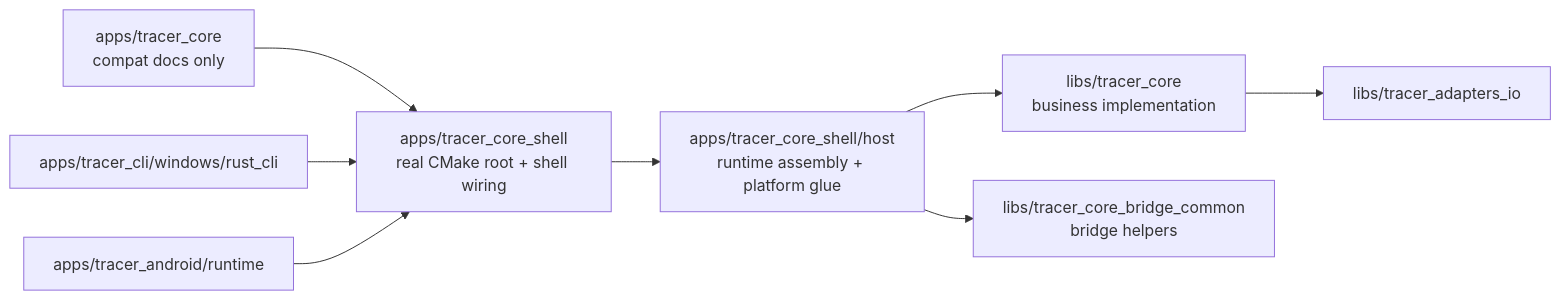
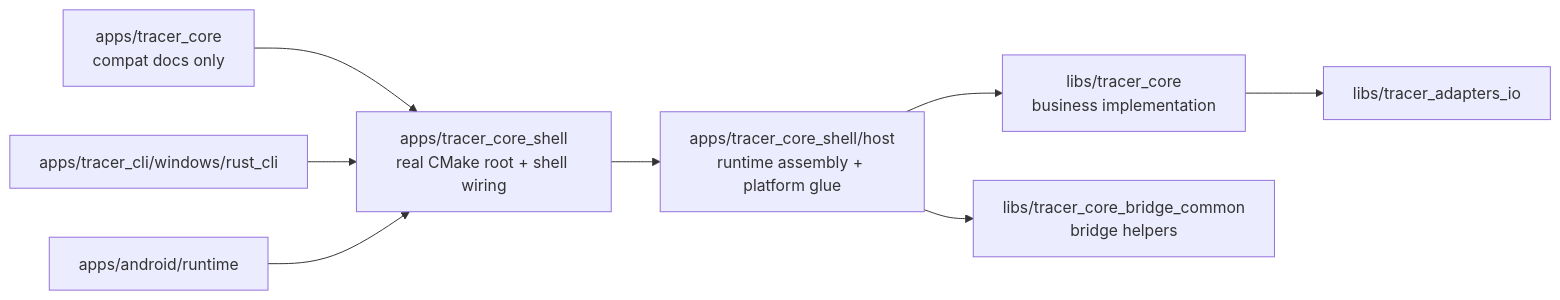
The diagram in docs/time_tracer/core/architecture/tracer_core_identity_and_boundary.md (camellia2077/time_tracer), drawn with Mermaid before and after one commit. The commit also changed 88 other files, not shown here.

````diff
--- a/docs/time_tracer/core/architecture/tracer_core_identity_and_boundary.md
+++ b/docs/time_tracer/core/architecture/tracer_core_identity_and_boundary.md
@@ -91,10 +91,10 @@
 ```mermaid
 flowchart LR
     A["apps/tracer_core<br/>compat docs only"] --> B["apps/tracer_core_shell<br/>real CMake root + shell wiring"]
     B --> C["apps/tracer_core_shell/host<br/>runtime assembly + platform glue"]
     C --> D["libs/tracer_core<br/>business implementation"]
     C --> E["libs/tracer_core_bridge_common<br/>bridge helpers"]
     D --> F["libs/tracer_adapters_io"]
     G["apps/tracer_cli/windows/rust_cli"] --> B
-    H["apps/tracer_android/runtime"] --> B
+    H["apps/android/runtime"] --> B
 ```
````
